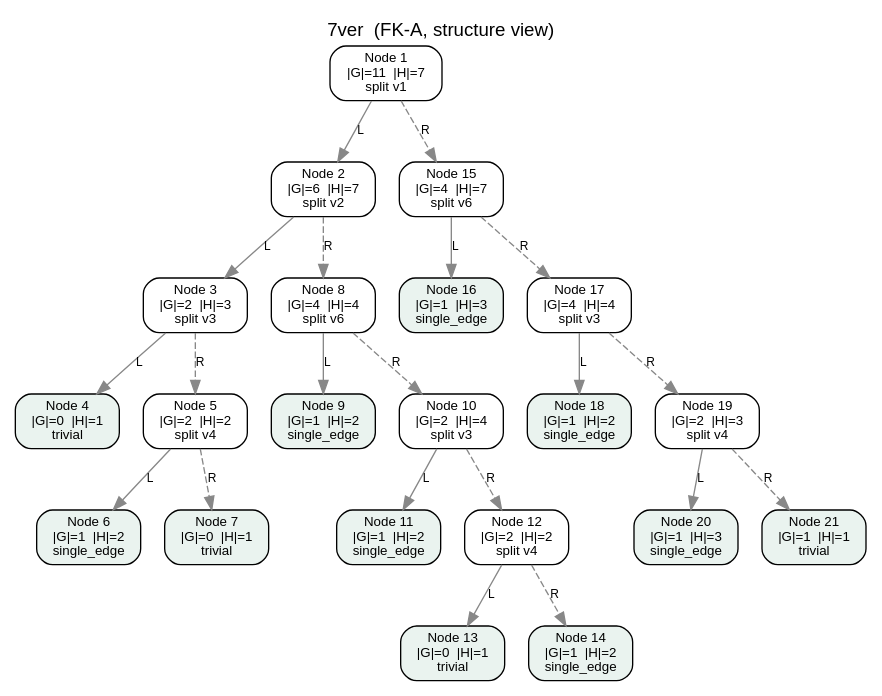
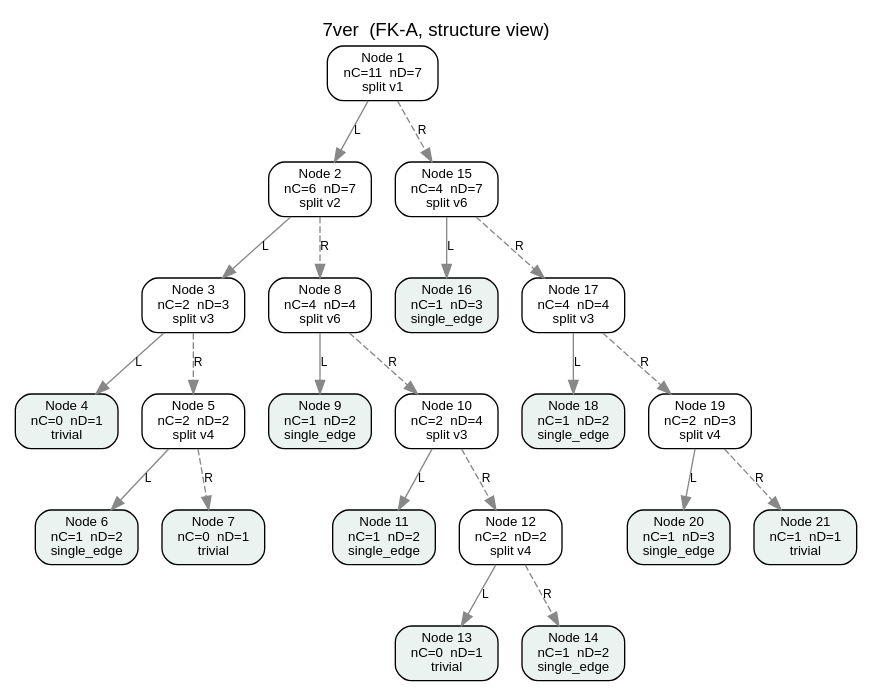
The diagram in results/7ver.fk-a.modified.dot (symonyeal/Hypergraph-Dualization), drawn with Graphviz before and after one commit. The commit also changed 203 other files, not shown here.

```diff
--- a/results/7ver.fk-a.modified.dot
+++ b/results/7ver.fk-a.modified.dot
@@ -1,47 +1,47 @@
 digraph FKA {
   rankdir=TB;
   graph [fontname="Helvetica", labelloc="t", label="7ver  (FK-A, structure view)"];
   node [shape=box, style="rounded,filled", fillcolor="#ffffff", fontname="Helvetica", fontsize=10];
   edge [fontname="Helvetica", fontsize=9, color="#888888"];
-  n1 [label="Node 1\n|G|=11  |H|=7\nsplit v1", fillcolor="#ffffff"];
-  n2 [label="Node 2\n|G|=6  |H|=7\nsplit v2", fillcolor="#ffffff"];
-  n3 [label="Node 3\n|G|=2  |H|=3\nsplit v3", fillcolor="#ffffff"];
-  n4 [label="Node 4\n|G|=0  |H|=1\ntrivial", fillcolor="#eaf3ef"];
-  n5 [label="Node 5\n|G|=2  |H|=2\nsplit v4", fillcolor="#ffffff"];
-  n6 [label="Node 6\n|G|=1  |H|=2\nsingle_edge", fillcolor="#eaf3ef"];
-  n7 [label="Node 7\n|G|=0  |H|=1\ntrivial", fillcolor="#eaf3ef"];
-  n8 [label="Node 8\n|G|=4  |H|=4\nsplit v6", fillcolor="#ffffff"];
-  n9 [label="Node 9\n|G|=1  |H|=2\nsingle_edge", fillcolor="#eaf3ef"];
-  n10 [label="Node 10\n|G|=2  |H|=4\nsplit v3", fillcolor="#ffffff"];
-  n11 [label="Node 11\n|G|=1  |H|=2\nsingle_edge", fillcolor="#eaf3ef"];
-  n12 [label="Node 12\n|G|=2  |H|=2\nsplit v4", fillcolor="#ffffff"];
-  n13 [label="Node 13\n|G|=0  |H|=1\ntrivial", fillcolor="#eaf3ef"];
-  n14 [label="Node 14\n|G|=1  |H|=2\nsingle_edge", fillcolor="#eaf3ef"];
-  n15 [label="Node 15\n|G|=4  |H|=7\nsplit v6", fillcolor="#ffffff"];
-  n16 [label="Node 16\n|G|=1  |H|=3\nsingle_edge", fillcolor="#eaf3ef"];
-  n17 [label="Node 17\n|G|=4  |H|=4\nsplit v3", fillcolor="#ffffff"];
-  n18 [label="Node 18\n|G|=1  |H|=2\nsingle_edge", fillcolor="#eaf3ef"];
-  n19 [label="Node 19\n|G|=2  |H|=3\nsplit v4", fillcolor="#ffffff"];
-  n20 [label="Node 20\n|G|=1  |H|=3\nsingle_edge", fillcolor="#eaf3ef"];
-  n21 [label="Node 21\n|G|=1  |H|=1\ntrivial", fillcolor="#eaf3ef"];
+  n1 [label="Node 1\nnC=11  nD=7\nsplit v1", fillcolor="#ffffff"];
+  n2 [label="Node 2\nnC=6  nD=7\nsplit v2", fillcolor="#ffffff"];
+  n3 [label="Node 3\nnC=2  nD=3\nsplit v3", fillcolor="#ffffff"];
+  n4 [label="Node 4\nnC=0  nD=1\ntrivial", fillcolor="#eaf3ef"];
+  n5 [label="Node 5\nnC=2  nD=2\nsplit v4", fillcolor="#ffffff"];
+  n6 [label="Node 6\nnC=1  nD=2\nsingle_edge", fillcolor="#eaf3ef"];
+  n7 [label="Node 7\nnC=0  nD=1\ntrivial", fillcolor="#eaf3ef"];
+  n8 [label="Node 8\nnC=4  nD=4\nsplit v6", fillcolor="#ffffff"];
+  n9 [label="Node 9\nnC=1  nD=2\nsingle_edge", fillcolor="#eaf3ef"];
+  n10 [label="Node 10\nnC=2  nD=4\nsplit v3", fillcolor="#ffffff"];
+  n11 [label="Node 11\nnC=1  nD=2\nsingle_edge", fillcolor="#eaf3ef"];
+  n12 [label="Node 12\nnC=2  nD=2\nsplit v4", fillcolor="#ffffff"];
+  n13 [label="Node 13\nnC=0  nD=1\ntrivial", fillcolor="#eaf3ef"];
+  n14 [label="Node 14\nnC=1  nD=2\nsingle_edge", fillcolor="#eaf3ef"];
+  n15 [label="Node 15\nnC=4  nD=7\nsplit v6", fillcolor="#ffffff"];
+  n16 [label="Node 16\nnC=1  nD=3\nsingle_edge", fillcolor="#eaf3ef"];
+  n17 [label="Node 17\nnC=4  nD=4\nsplit v3", fillcolor="#ffffff"];
+  n18 [label="Node 18\nnC=1  nD=2\nsingle_edge", fillcolor="#eaf3ef"];
+  n19 [label="Node 19\nnC=2  nD=3\nsplit v4", fillcolor="#ffffff"];
+  n20 [label="Node 20\nnC=1  nD=3\nsingle_edge", fillcolor="#eaf3ef"];
+  n21 [label="Node 21\nnC=1  nD=1\ntrivial", fillcolor="#eaf3ef"];
   n1 -> n2 [label="L", style=solid];
   n1 -> n15 [label="R", style=dashed];
   n2 -> n3 [label="L", style=solid];
   n2 -> n8 [label="R", style=dashed];
   n3 -> n4 [label="L", style=solid];
   n3 -> n5 [label="R", style=dashed];
   n5 -> n6 [label="L", style=solid];
   n5 -> n7 [label="R", style=dashed];
   n8 -> n9 [label="L", style=solid];
   n8 -> n10 [label="R", style=dashed];
   n10 -> n11 [label="L", style=solid];
   n10 -> n12 [label="R", style=dashed];
   n12 -> n13 [label="L", style=solid];
   n12 -> n14 [label="R", style=dashed];
   n15 -> n16 [label="L", style=solid];
   n15 -> n17 [label="R", style=dashed];
   n17 -> n18 [label="L", style=solid];
   n17 -> n19 [label="R", style=dashed];
   n19 -> n20 [label="L", style=solid];
   n19 -> n21 [label="R", style=dashed];
 }
```
